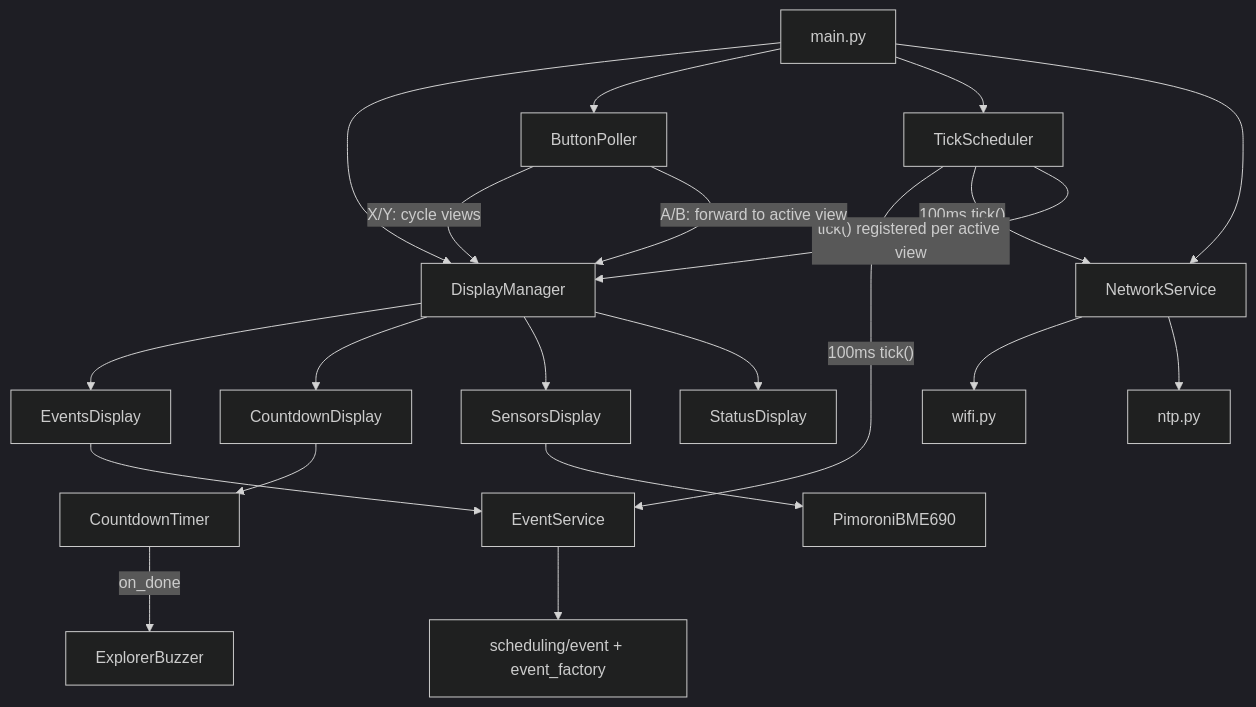
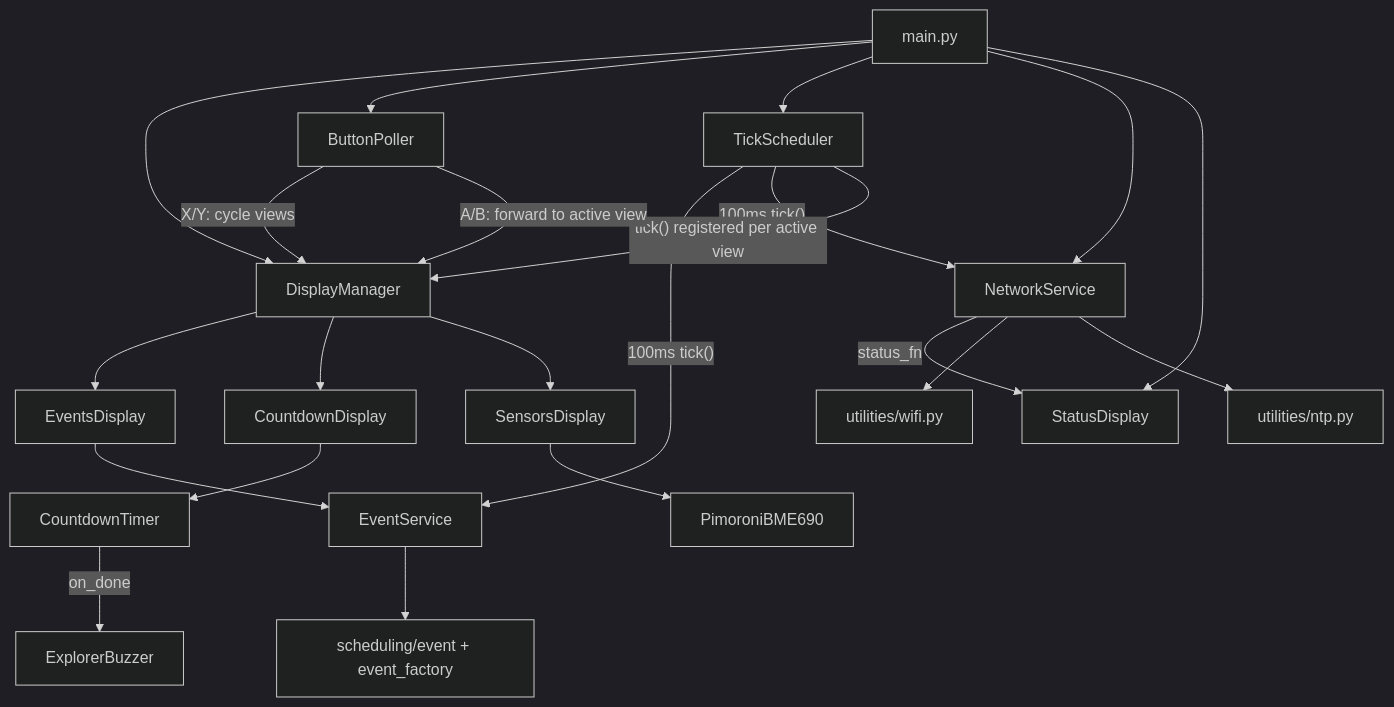
One commit to aannenko/pico-explorer-playground changed the diagram in .github/copilot-instructions.md. Above: the diagram before and after it, drawn with Mermaid (dark theme). The commit also changed other lines of this file, not shown here.

Commit message:
docs: fix diagram StatusDisplay edge, wifi/ntp paths, lifecycle bullet, test paths
Agent-Logs-Url: https://github.com/aannenko/pico-explorer-playground/sessions/b16e023d-dc84-4bc6-8ee3-6e18d827f461

````diff
--- a/.github/copilot-instructions.md
+++ b/.github/copilot-instructions.md
@@ -16,28 +16,29 @@
 ```mermaid
 graph TD
     main.py --> DisplayManager
     main.py --> ButtonPoller
     main.py --> TickScheduler
     main.py --> NetworkService
+    main.py --> StatusDisplay
 
     TickScheduler -- "100ms tick()" --> EventService
     TickScheduler -- "100ms tick()" --> NetworkService
     TickScheduler -- "tick() registered per active view" --> DisplayManager
 
     DisplayManager --> EventsDisplay
     DisplayManager --> CountdownDisplay
     DisplayManager --> SensorsDisplay
-    DisplayManager --> StatusDisplay
 
     EventsDisplay --> EventService
     CountdownDisplay --> CountdownTimer
     SensorsDisplay --> PimoroniBME690
 
     CountdownTimer -- "on_done" --> ExplorerBuzzer
-    NetworkService --> wifi.py
-    NetworkService --> ntp.py
+    NetworkService -- "status_fn" --> StatusDisplay
+    NetworkService --> utilities/wifi.py
+    NetworkService --> utilities/ntp.py
     EventService --> scheduling["scheduling/event + event_factory"]
 
     ButtonPoller -- "X/Y: cycle views" --> DisplayManager
     ButtonPoller -- "A/B: forward to active view" --> DisplayManager
 ```
````
